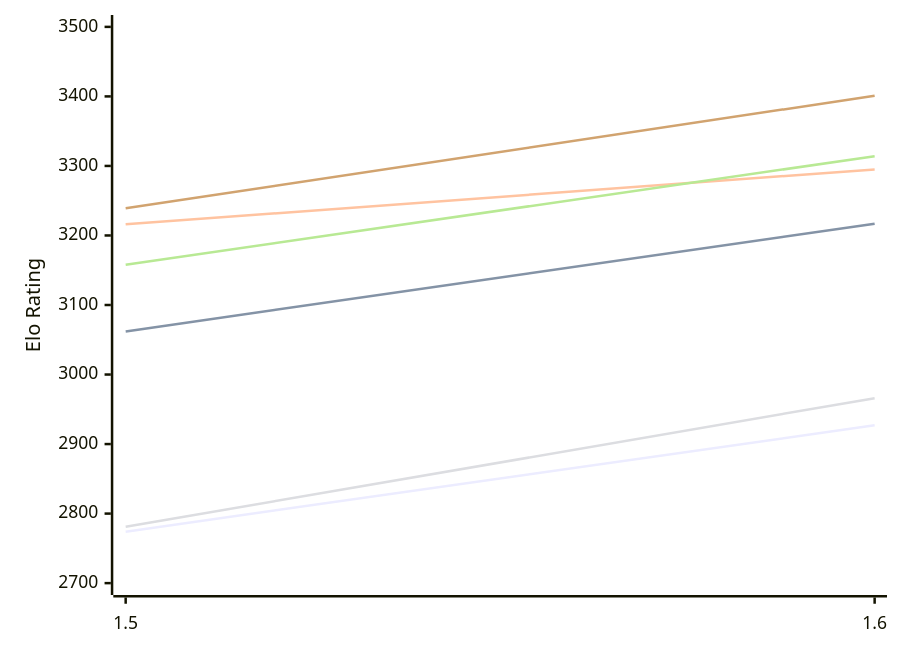
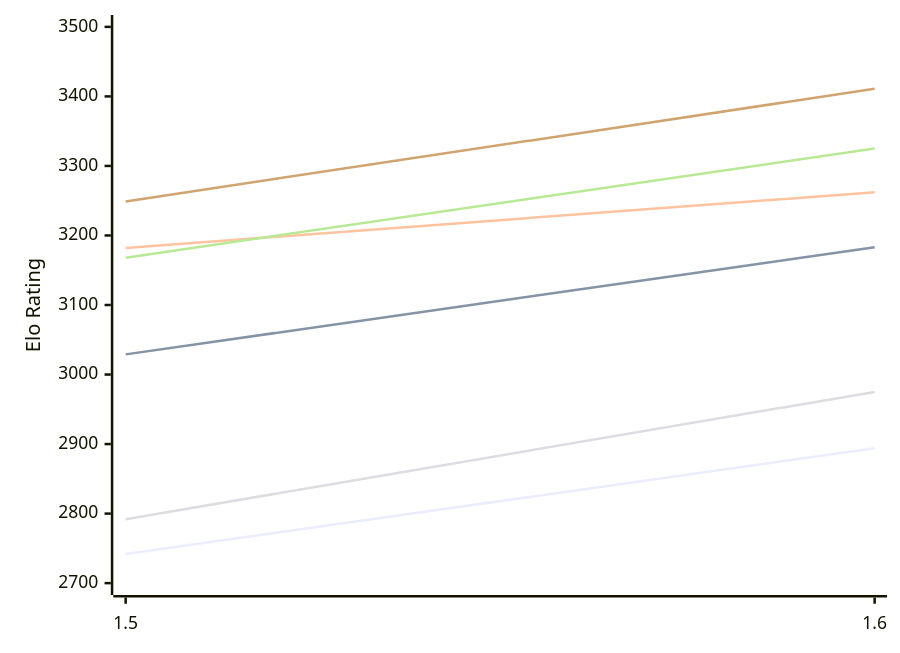
One commit to computer-chess-index/cci changed the first of 2 diagrams in engines/Yakka.md. Above: the diagram before and after it, drawn with Mermaid. The commit also changed other lines of this file, not shown here.

Commit message:
Update CCI Ratings (ELO VLTC) - 2026-11-12

````diff
--- a/engines/Yakka.md
+++ b/engines/Yakka.md
@@ -51,12 +51,12 @@
 ```mermaid
 %%{init: {"theme":"base","themeVariables":{"seriesColors:['#a3a3a3','#222221','#faa371']}}}%%
 xychart-beta
   x-axis ["1.5", "1.6"]
   y-axis "Elo Rating" 2700 --> 3500
-  line "E1: STC (8.0+0.08s)" [2774, 2927]
-  line "E1: LTC (60.0+0.60s)" [3062, 3217]
-  line "E1: VLTC (2m24s+1.12s)" [3216, 3295]
-  line "P1: STC (8.0+0.08s)" [2781, 2966]
-  line "P1: LTC (60.0+0.60s)" [3158, 3314]
-  line "P1: VLTC (2m24s+1.12s)" [3239, 3401]
+  line "E1: STC (8.0+0.08s)" [2742, 2894]
+  line "E1: LTC (60.0+0.60s)" [3029, 3183]
+  line "E1: VLTC (2m24s+1.12s)" [3182, 3262]
+  line "P1: STC (8.0+0.08s)" [2792, 2975]
+  line "P1: LTC (60.0+0.60s)" [3168, 3325]
+  line "P1: VLTC (2m24s+1.12s)" [3249, 3411]
 ```
````
